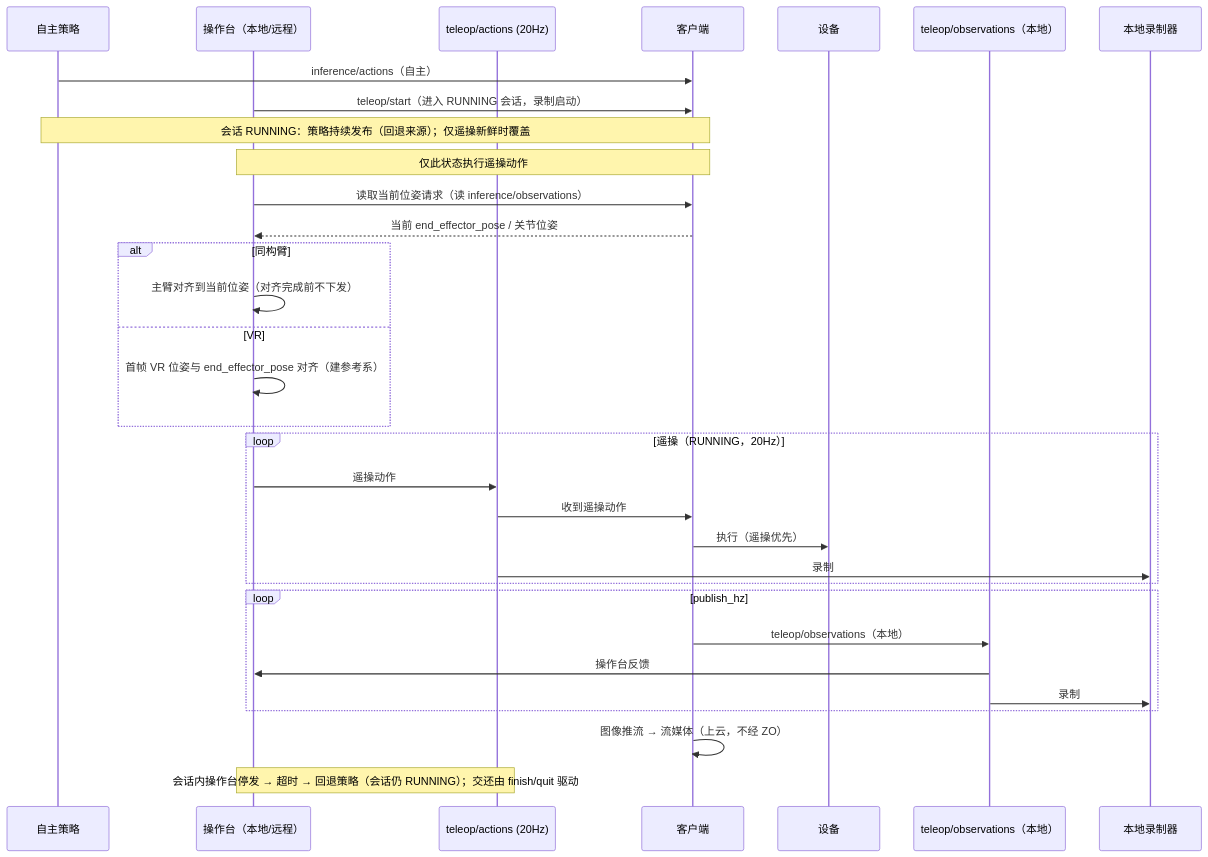
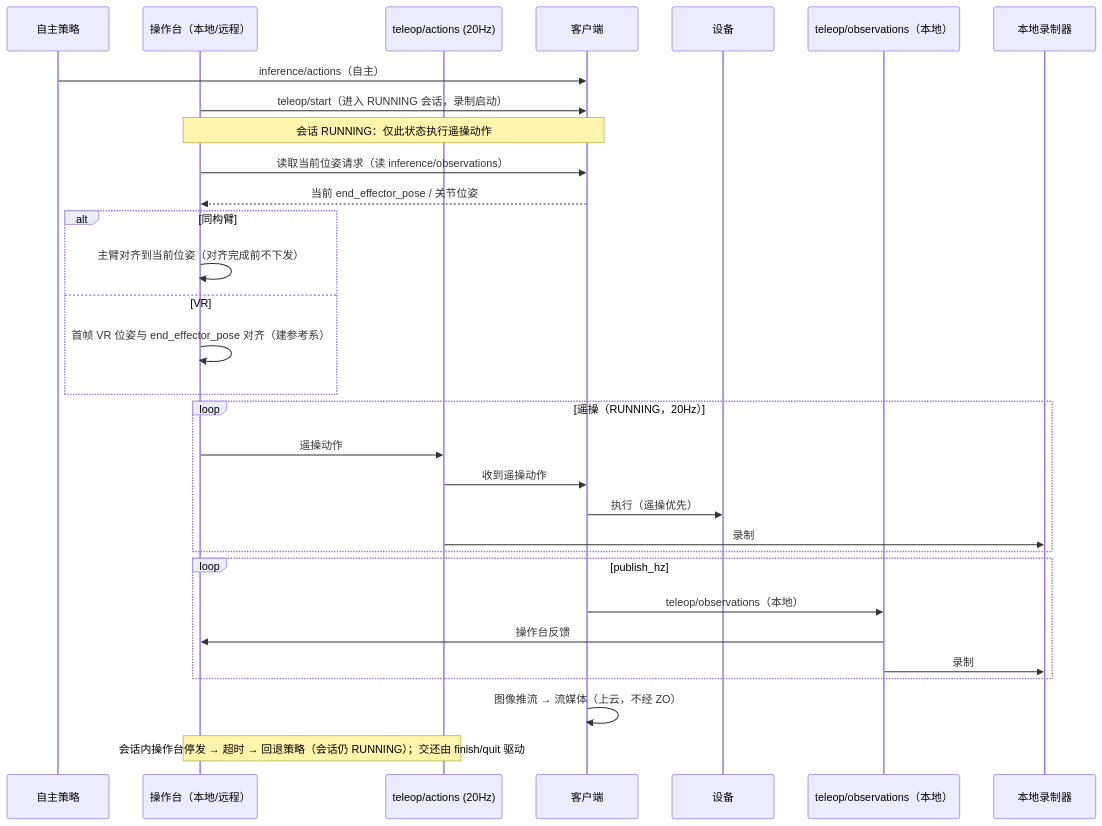
Before and after one commit to vincentguiling/cloudrobo-sdk-client: the diagram in docs/design/r2c-teleop-data-collection-design.md, drawn with Mermaid. The commit also changed other lines of this file, not shown here.

````diff
--- a/docs/design/r2c-teleop-data-collection-design.md
+++ b/docs/design/r2c-teleop-data-collection-design.md
@@ -142,35 +142,34 @@
 ```mermaid
 sequenceDiagram
     participant P as 自主策略
     participant O as 操作台（本地/远程）
     participant ZA as teleop/actions (20Hz)
     participant C as 客户端
     participant F as 设备
     participant ZO as teleop/observations（本地）
     participant R as 本地录制器
 
     P->>C: inference/actions（自主）
     O->>C: teleop/start（进入 RUNNING 会话，录制启动）
-    Note over P,C: 会话 RUNNING：策略持续发布（回退来源）；仅遥操新鲜时覆盖
-    Note over O,C: 仅此状态执行遥操动作
+    Note over O,C: 会话 RUNNING：仅此状态执行遥操动作
     O->>C: 读取当前位姿请求（读 inference/observations）
     C-->>O: 当前 end_effector_pose / 关节位姿
     alt 同构臂
         O->>O: 主臂对齐到当前位姿（对齐完成前不下发）
     else VR
         O->>O: 首帧 VR 位姿与 end_effector_pose 对齐（建参考系）
     end
     loop 遥操（RUNNING，20Hz）
         O->>ZA: 遥操动作
         ZA->>C: 收到遥操动作
         C->>F: 执行（遥操优先）
         ZA->>R: 录制
     end
     loop publish_hz
         C->>ZO: teleop/observations（本地）
         ZO->>O: 操作台反馈
         ZO->>R: 录制
     end
     C->>C: 图像推流 → 流媒体（上云，不经 ZO）
     Note over O,ZA: 会话内操作台停发 → 超时 → 回退策略（会话仍 RUNNING）；交还由 finish/quit 驱动
 ```
````
